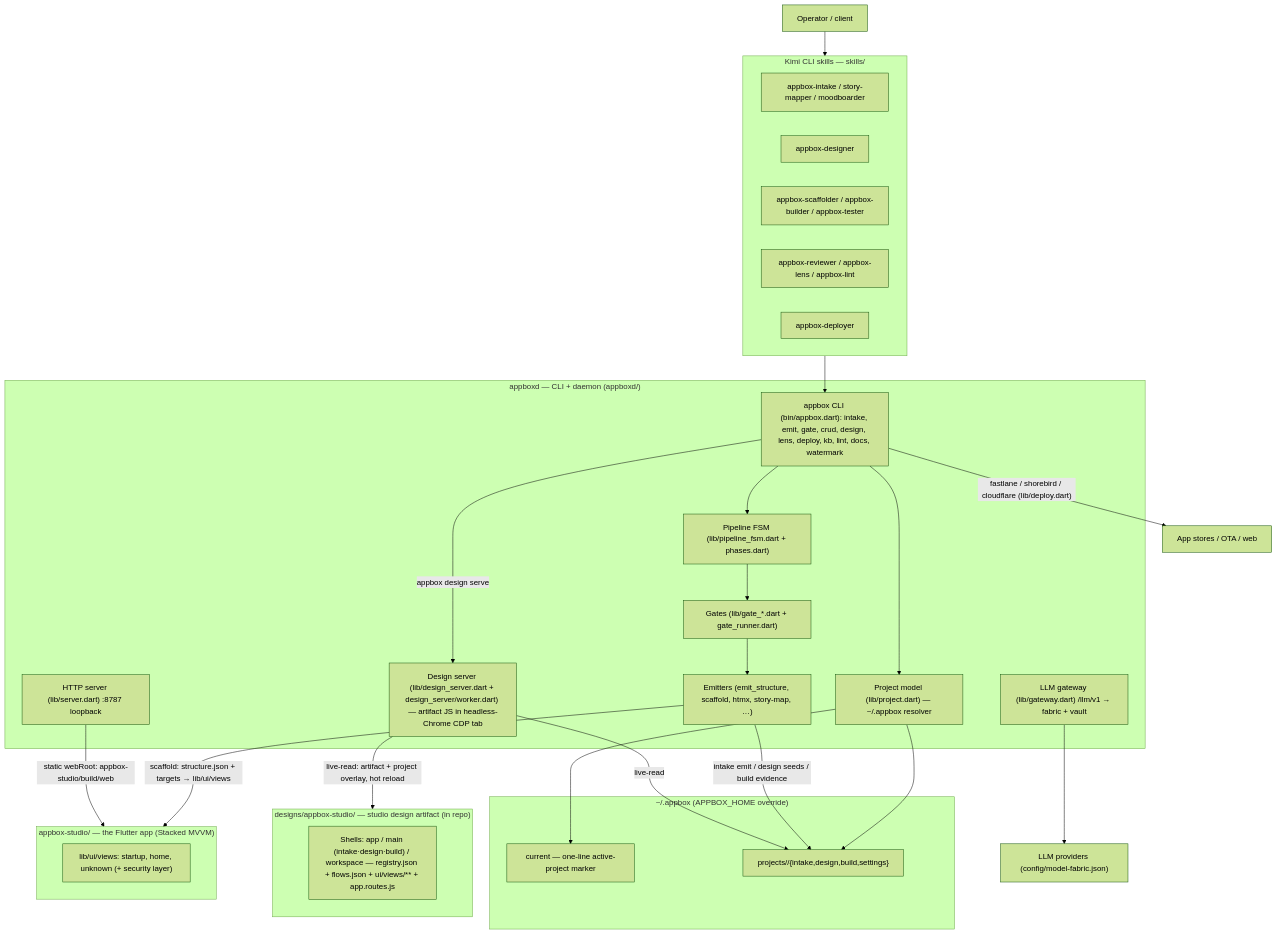
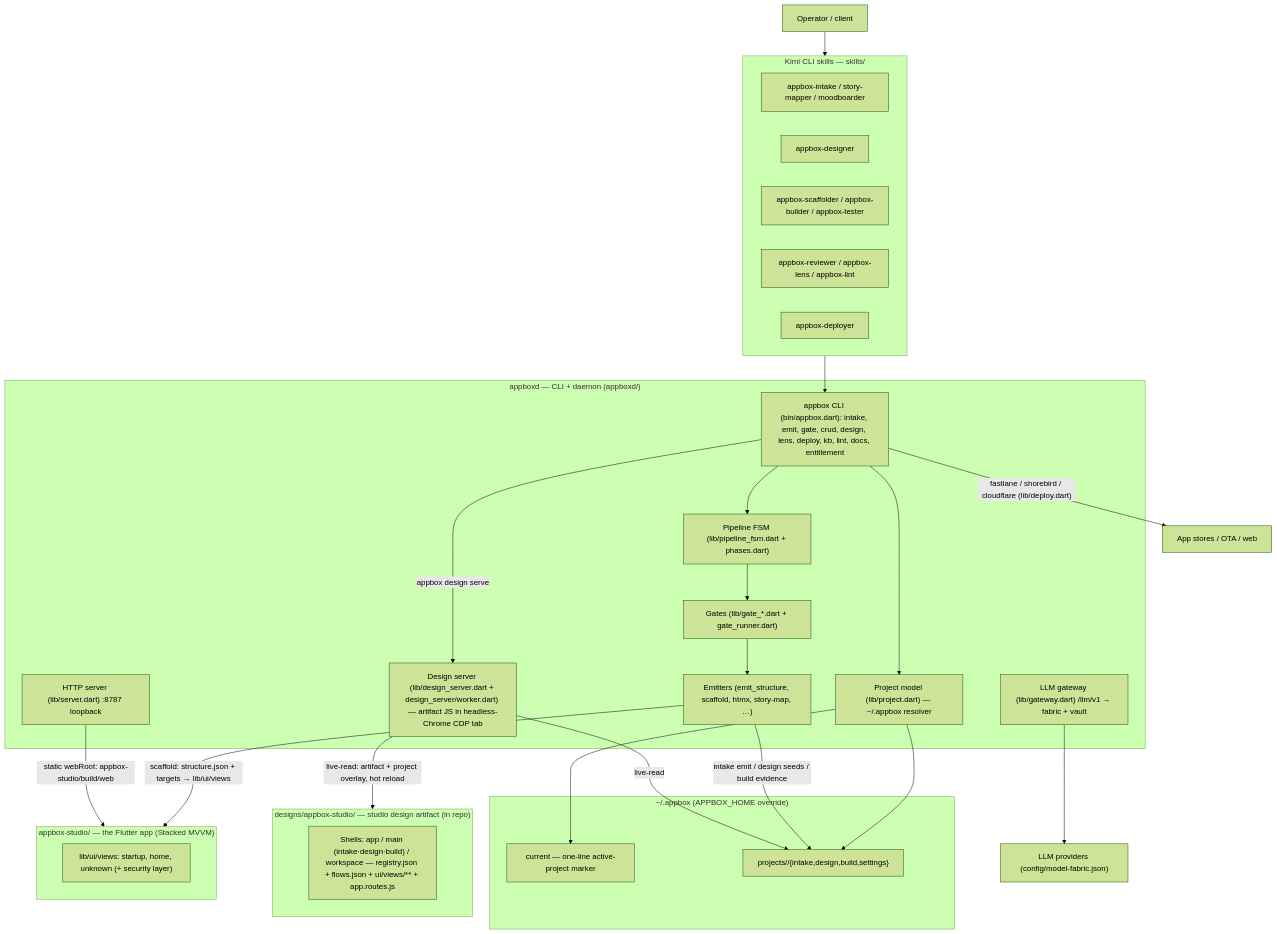
One commit to unfazed-dev/arxa changed the first of 6 diagrams in docs/appbox-system-map.md. Above: the diagram before and after it, drawn with Mermaid (forest theme). The commit also changed other lines of this file and 20 other files, not shown here.

Commit message:
D17/D18: paywall moves to scaffold — offline machine-bound entitlement JWT replaces the licence; watermark retired

````diff
--- a/docs/appbox-system-map.md
+++ b/docs/appbox-system-map.md
@@ -15,50 +15,50 @@
 ```mermaid
 flowchart TD
     user["Operator / client"]
 
     subgraph skills["Kimi CLI skills — skills/"]
         sk_intake["appbox-intake / story-mapper / moodboarder"]
         sk_design["appbox-designer"]
         sk_build["appbox-scaffolder / appbox-builder / appbox-tester"]
         sk_gate["appbox-reviewer / appbox-lens / appbox-lint"]
         sk_deploy["appbox-deployer"]
     end
 
     subgraph daemon["appboxd — CLI + daemon (appboxd/)"]
-        cli["appbox CLI (bin/appbox.dart): intake, emit, gate, crud, design, lens, deploy, kb, lint, docs, watermark"]
+        cli["appbox CLI (bin/appbox.dart): intake, emit, gate, crud, design, lens, deploy, kb, lint, docs, entitlement"]
         fsm["Pipeline FSM (lib/pipeline_fsm.dart + phases.dart)"]
         gates["Gates (lib/gate_*.dart + gate_runner.dart)"]
         emitters["Emitters (emit_structure, scaffold, htmx, story-map, …)"]
         proj["Project model (lib/project.dart) — ~/.appbox resolver"]
         server["HTTP server (lib/server.dart) :8787 loopback"]
         gateway["LLM gateway (lib/gateway.dart) /llm/v1 → fabric + vault"]
         dserver["Design server (lib/design_server.dart + design_server/worker.dart) — artifact JS in headless-Chrome CDP tab"]
     end
 
     subgraph home["~/.appbox (APPBOX_HOME override)"]
         current["current — one-line active-project marker"]
         projects["projects/<name>/{intake,design,build,settings}"]
     end
 
     subgraph design["designs/appbox-studio/ — studio design artifact (in repo)"]
         shells["Shells: app / main (intake·design·build) / workspace — registry.json + flows.json + ui/views/** + app.routes.js"]
     end
 
     subgraph studio["appbox-studio/ — the Flutter app (Stacked MVVM)"]
         fviews["lib/ui/views: startup, home, unknown (+ security layer)"]
     end
 
     user --> skills --> cli
     cli --> fsm --> gates --> emitters
     cli --> proj
     proj --> current
     proj --> projects
     emitters -->|"intake emit / design seeds / build evidence"| projects
     dserver -->|"live-read: artifact + project overlay, hot reload"| design
     dserver -->|"live-read"| projects
     cli -->|"appbox design serve <dir|name>"| dserver
     emitters -->|"scaffold: structure.json + targets → lib/ui/views"| studio
     server -->|"static webRoot: appbox-studio/build/web"| studio
     cli -->|"fastlane / shorebird / cloudflare (lib/deploy.dart)"| stores["App stores / OTA / web"]
     gateway --> providers["LLM providers (config/model-fabric.json)"]
 ```
````
